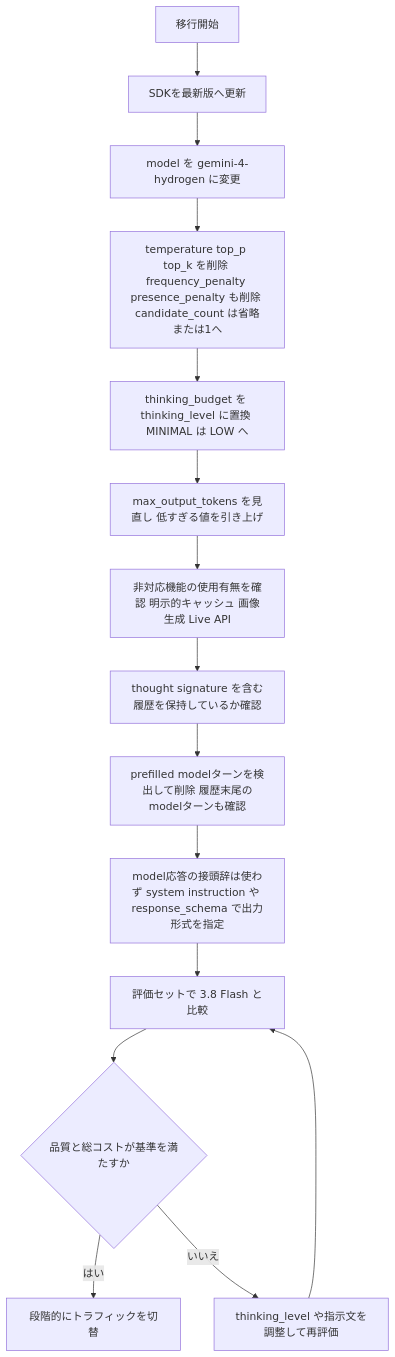
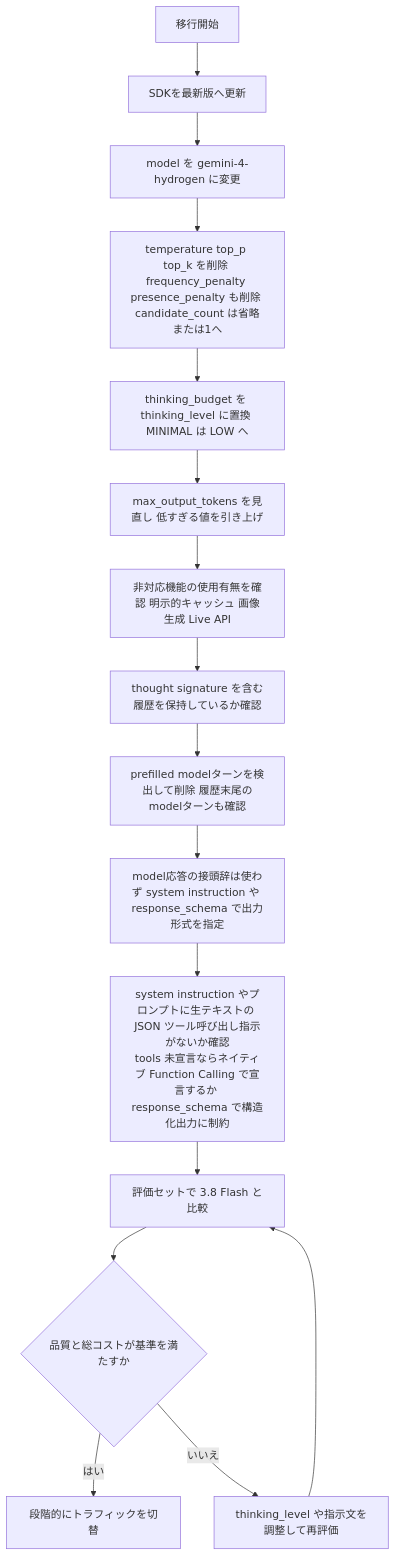
The fourth of 10 diagrams in Gemini-4-hydrogen-guide.md (myoshi2891/Comparison-of-LLMs), drawn with Mermaid before and after one commit. The commit also changed other lines of this file and 4 other files, not shown here.

````diff
--- a/Gemini-4-hydrogen-guide.md
+++ b/Gemini-4-hydrogen-guide.md
@@ -256,17 +256,18 @@
 ```mermaid
 flowchart TD
     A["移行開始"] --> B["SDKを最新版へ更新"]
     B --> C["model を gemini-4-hydrogen に変更"]
     C --> D["temperature top_p top_k を削除 frequency_penalty presence_penalty も削除 candidate_count は省略または1へ"]
     D --> E["thinking_budget を thinking_level に置換 MINIMAL は LOW へ"]
     E --> F["max_output_tokens を見直し 低すぎる値を引き上げ"]
     F --> G["非対応機能の使用有無を確認 明示的キャッシュ 画像生成 Live API"]
     G --> H["thought signature を含む履歴を保持しているか確認"]
     H --> PREFILL["prefilled modelターンを検出して削除 履歴末尾のmodelターンも確認"]
     PREFILL --> FORMAT["model応答の接頭辞は使わず system instruction や response_schema で出力形式を指定"]
-    FORMAT --> I["評価セットで 3.8 Flash と比較"]
+    FORMAT --> TOOLJSON["system instruction やプロンプトに生テキストの JSON ツール呼び出し指示がないか確認<br/>tools 未宣言ならネイティブ Function Calling で宣言するか response_schema で構造化出力に制約"]
+    TOOLJSON --> I["評価セットで 3.8 Flash と比較"]
     I --> J{"品質と総コストが基準を満たすか"}
     J -- "はい" --> K["段階的にトラフィックを切替"]
     J -- "いいえ" --> L["thinking_level や指示文を調整して再評価"]
     L --> I
 ```
````
